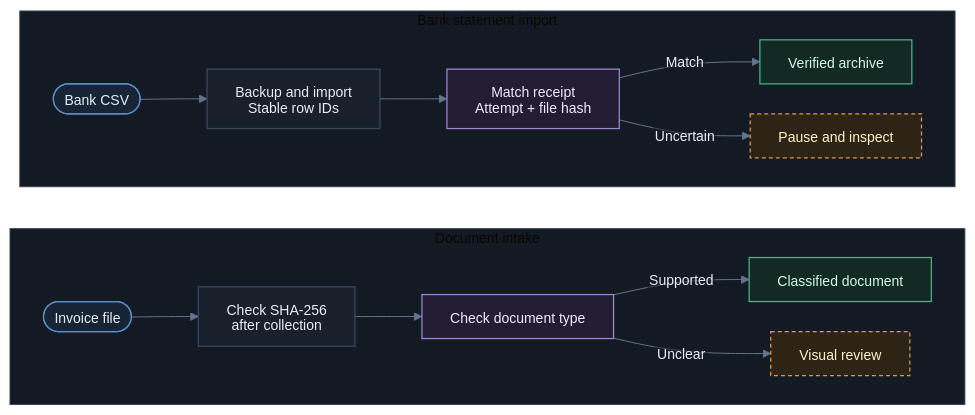
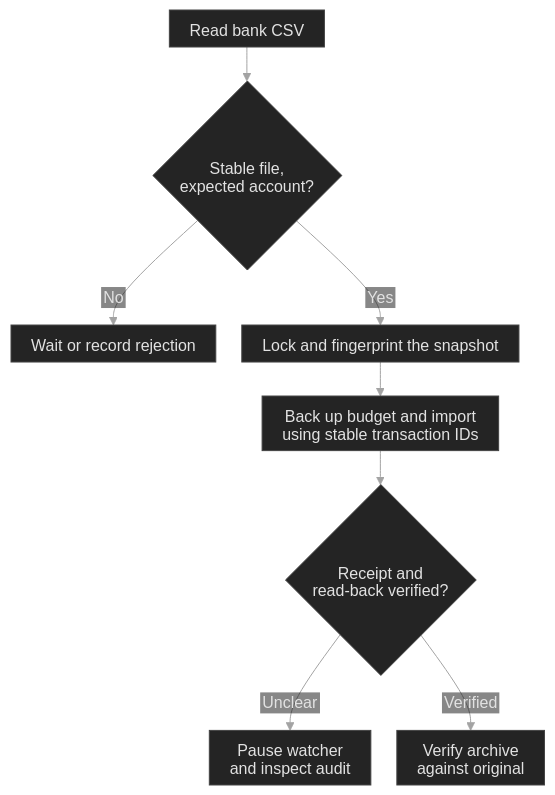
Before and after one commit to kazuall/finance-process-portfolio: the diagram in diagrams/bank-imports.mmd, drawn with Mermaid. The commit also changed 20 other files, not shown here.

```diff
--- a/diagrams/bank-imports.mmd
+++ b/diagrams/bank-imports.mmd
@@ -1,46 +1,36 @@
 ---
 config:
   theme: base
   htmlLabels: false
   themeVariables:
     darkMode: true
-    background: transparent
+    background: '#101010'
     fontFamily: 'Inter, -apple-system, BlinkMacSystemFont, Segoe UI, sans-serif'
-    fontSize: '14px'
-    primaryTextColor: '#e6edf3'
-    lineColor: '#64748b'
-    textColor: '#e6edf3'
-    edgeLabelBackground: '#141a24'
-    clusterBkg: '#141a24'
-    clusterBorder: '#303d52'
+    fontSize: '16px'
+    primaryColor: '#242424'
+    primaryTextColor: '#e2e2e2'
+    primaryBorderColor: '#434343'
+    lineColor: '#a3a3a3'
+    edgeLabelBackground: '#101010'
+    textColor: '#cdcdcd'
   flowchart:
     htmlLabels: false
     useMaxWidth: false
-    nodeSpacing: 30
-    rankSpacing: 42
-    padding: 14
-    diagramPadding: 10
+    nodeSpacing: 26
+    rankSpacing: 34
+    wrappingWidth: 270
+    padding: 10
+    diagramPadding: 5
     curve: basis
-  themeCSS: 'text{font-family: Inter, "Segoe UI", Arial, sans-serif;}.node rect.label-container{rx:8px;ry:8px}.cluster rect{rx:8px;ry:8px}.edgeLabel .labelBkg{fill:#141a24 !important}.edgeLabel text{fill:#c5d2e4 !important}.cluster-label text{fill:#c5d2e4 !important;font-weight:600}'
+  themeCSS: 'text,tspan{font-family:system-ui,sans-serif!important}.node rect.label-container{rx:3px;ry:3px}.node rect,.node polygon,.flowchart-link{stroke-width:1px!important}.edgeLabel .labelBkg{fill:#101010!important;opacity:1!important}.edgeLabel text{fill:#c4c4c4!important}'
 ---
 flowchart TB
-  subgraph bank["Bank statement import"]
-    direction LR
-    csv(["Bank CSV"]):::source --> import["Backup and import<br/>Stable row IDs"]:::process
-    import --> receipt["Match receipt<br/>Attempt + file hash"]:::check
-    receipt -->|Match| archive["Verified archive"]:::output
-    receipt -->|Uncertain| pause["Pause and inspect"]:::human
-  end
-  subgraph docs["Document intake"]
-    direction LR
-    file(["Invoice file"]):::source --> hash["Check SHA-256<br/>after collection"]:::process
-    hash --> type["Check document type"]:::check
-    type -->|Supported| sort["Classified document"]:::output
-    type -->|Unclear| review["Visual review"]:::human
-  end
-  bank ~~~ docs
-  classDef source fill:#162436,stroke:#5b8ec9,color:#e6edf3,stroke-width:1.25px
-  classDef process fill:#18202c,stroke:#3b4960,color:#e6edf3,stroke-width:1.25px
-  classDef check fill:#231d33,stroke:#9b87d4,color:#ede9fe,stroke-width:1.25px
-  classDef human fill:#2e2415,stroke:#d99b43,color:#fef3c7,stroke-width:1.25px,stroke-dasharray:4 3
-  classDef output fill:#132a24,stroke:#3fb98b,color:#d1fae5,stroke-width:1.25px
+  accTitle: Bank import
+  accDescr: A stable statement for the expected account is copied under a lock. Actual Budget is backed up before import using stable transaction IDs. A verified receipt allows archiving. An uncertain write pauses the watcher for audit.
+  csv["Read bank CSV"] --> ready{"Stable file,<br/>expected account?"}
+  ready -->|No| wait["Wait or record rejection"]
+  ready -->|Yes| lock["Lock and fingerprint the snapshot"]
+  lock --> write["Back up budget and import<br/>using stable transaction IDs"]
+  write --> audit{"Receipt and<br/>read-back verified?"}
+  audit -->|Unclear| pause["Pause watcher<br/>and inspect audit"]
+  audit -->|Verified| archive["Verify archive<br/>against original"]
```
